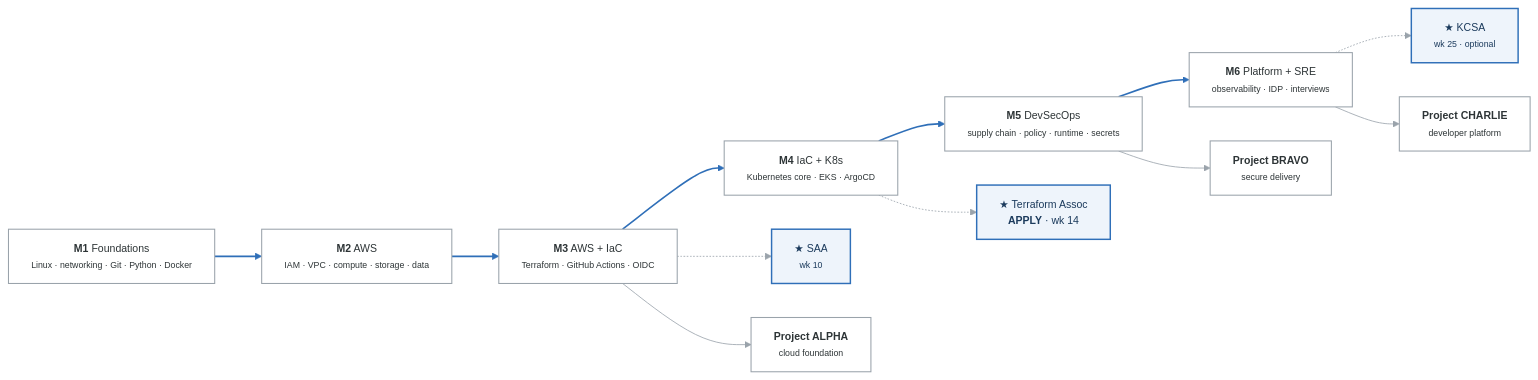
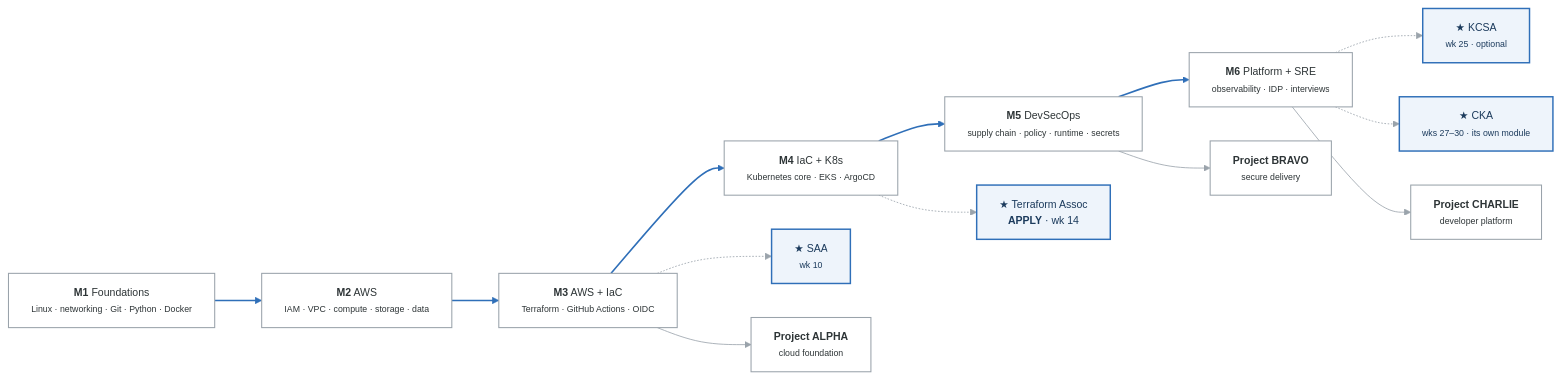
Before and after one commit to Twolliston-CPG/Mastery: the diagram in README.md, drawn with Mermaid. The commit also changed other lines of this file and 381 other files, not shown here.

First line of the commit message:
Merge upstream/main: CKA module, Kubernetes mastery, policy as code, GCP suspend/resume (#11)

````diff
--- a/README.md
+++ b/README.md
@@ -33,35 +34,37 @@
 ```mermaid
 %%{init: {'theme':'base','themeVariables':{'fontFamily':'Helvetica, Arial, sans-serif','fontSize':'13px','primaryColor':'#ffffff','primaryTextColor':'#2d3436','primaryBorderColor':'#9aa3ab','lineColor':'#9aa3ab','textColor':'#2d3436','clusterBkg':'#fbfcfd','clusterBorder':'#d4dae0','edgeLabelBackground':'#ffffff','tertiaryColor':'#eef4fb'},'flowchart':{'curve':'basis','padding':14,'nodeSpacing':42,'rankSpacing':58}}}%%
 flowchart LR
   classDef default fill:#ffffff,stroke:#9aa3ab,stroke-width:1.3px,color:#2d3436
   classDef n    fill:#ffffff,stroke:#9aa3ab,stroke-width:1.3px,color:#2d3436
   classDef crit fill:#eef4fb,stroke:#2f6fb8,stroke-width:1.8px,color:#1b3a5c
   classDef data fill:#f4f7fa,stroke:#9aa3ab,stroke-width:1.3px,color:#2d3436
   classDef mut  fill:#ffffff,stroke:#cfd6dc,stroke-width:1.1px,color:#7a8288
   classDef warn fill:#fdf0ec,stroke:#c0522d,stroke-width:1.6px,color:#8a3a1e
 
   M1["<b>M1</b> Foundations<br/><small>Linux · networking · Git · Python · Docker</small>"]:::n
   M2["<b>M2</b> AWS<br/><small>IAM · VPC · compute · storage · data</small>"]:::n
   M3["<b>M3</b> AWS + IaC<br/><small>Terraform · GitHub Actions · OIDC</small>"]:::n
   M4["<b>M4</b> IaC + K8s<br/><small>Kubernetes core · EKS · ArgoCD</small>"]:::n
   M5["<b>M5</b> DevSecOps<br/><small>supply chain · policy · runtime · secrets</small>"]:::n
   M6["<b>M6</b> Platform + SRE<br/><small>observability · IDP · interviews</small>"]:::n
 
   SAA["★ SAA<br/><small>wk 10</small>"]:::crit
   TF["★ Terraform Assoc<br/><b>APPLY</b> · wk 14"]:::crit
   KCSA["★ KCSA<br/><small>wk 25 · optional</small>"]:::crit
+  CKA["★ CKA<br/><small>wks 27–30 · its own module</small>"]:::crit
 
   A["<b>Project ALPHA</b><br/><small>cloud foundation</small>"]:::n
   B["<b>Project BRAVO</b><br/><small>secure delivery</small>"]:::n
   C["<b>Project CHARLIE</b><br/><small>developer platform</small>"]:::n
 
   M1 --> M2 --> M3 --> M4 --> M5 --> M6
   M3 -.-> SAA
   M4 -.-> TF
   M6 -.-> KCSA
+  M6 -.-> CKA
   M3 --> A
   M5 --> B
   M6 --> C
 
   linkStyle 0,1,2,3,4 stroke:#2f6fb8,stroke-width:2px
 ```
````
